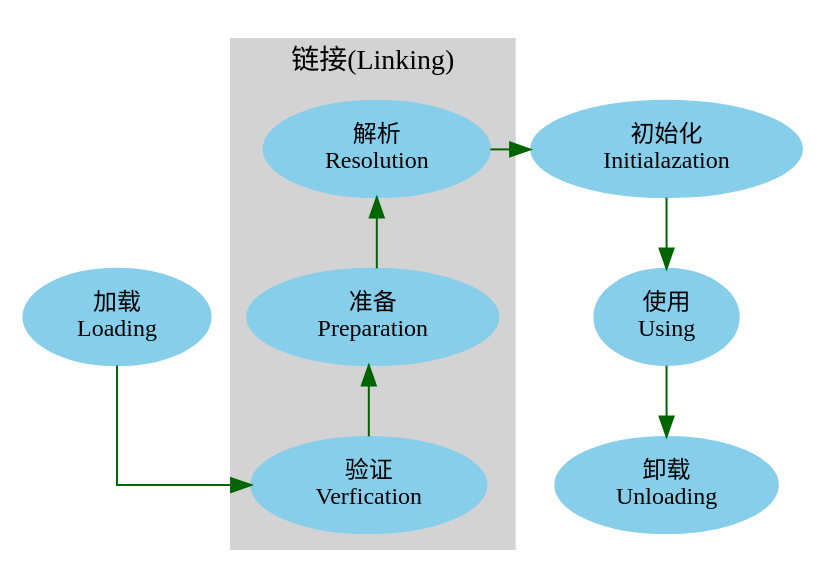
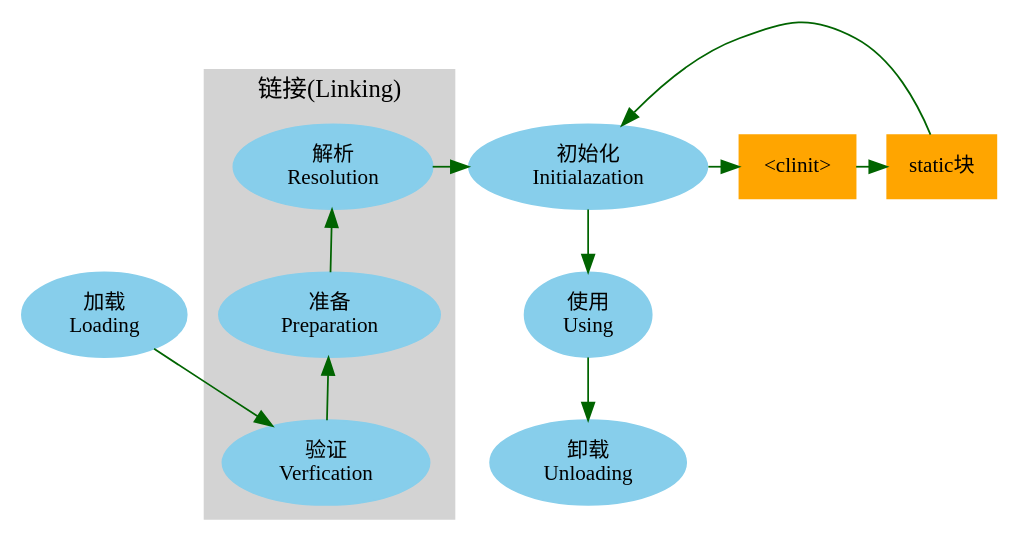
One commit to subaochen/blog changed the diagram in imgs/java/class-lifecycle.dot. Above: the diagram before and after it, drawn with Graphviz. The commit also changed 3 other files, not shown here.

```diff
--- a/imgs/java/class-lifecycle.dot
+++ b/imgs/java/class-lifecycle.dot
@@ -1,29 +1,42 @@
 digraph G {
     size="6.9,9.8"; // B5 size
-    ratio=compress;
+    ratio=auto;
     //rankdir=LR;
     newrank=true; // 使得subgraph能够和node使用rank=same
-    splines=Ortho; // 线条钝化(直角)
+    //splines=Ortho; // 线条钝化(直角)
     compound=true; // 允许cluster和node连线
+
     node[fontsize=12,style="filled",color="skyblue"];
     edge[fontsize=12,color="darkgreen"];
     loading[label="加载\nLoading"];
     initialization[label="初始化\nInitialazation"];
     using[label="使用\nUsing"];
     unloading[label="卸载\nUnloading"];
 
+    subgraph init_steps{
+        label="初始化的步骤";
+        style=filled;
+        color=lightgray;
+        node[shape="box",color="orange"];
+        clinit[label="<clinit>"];
+        static[label="static块"];
+        clinit->static;
+    }
+
     subgraph cluster_linking {
         label="链接(Linking)";
         style=filled;
-        color=lightgrey;
+        color=lightgray;
         verification[label="验证\nVerfication"];
         preparation[label="准备\nPreparation"];
         resolution[label="解析\nResolution"];
     }
 
     loading->verification->preparation->resolution->initialization->using->unloading;
+    initialization->clinit;
+    static->initialization;
 
-    {rank=same;resolution;initialization}
+    {rank=same;resolution;initialization,clinit,static}
     {rank=same;preparation;using}
     {rank=same;verification;unloading}
 }
```
